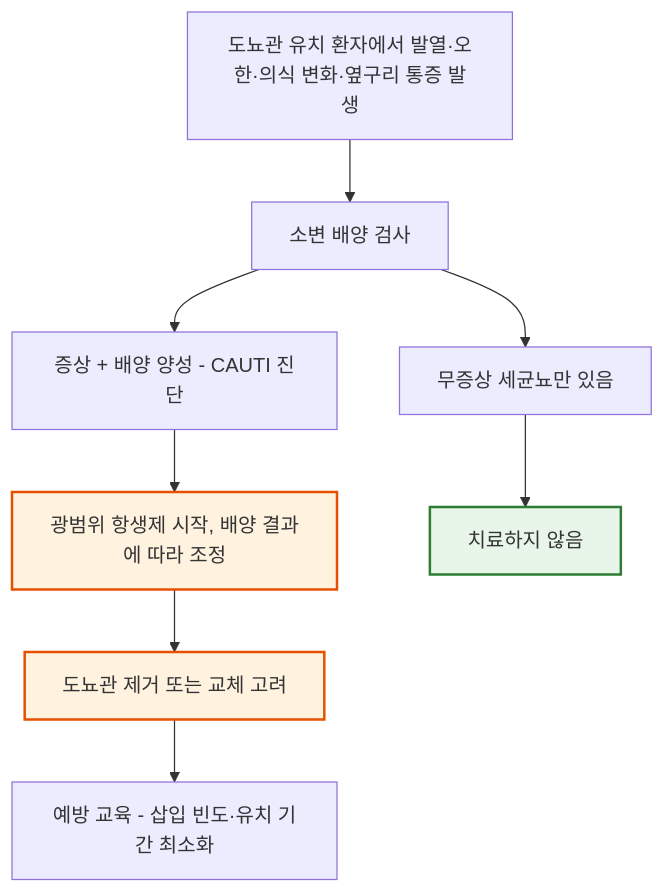
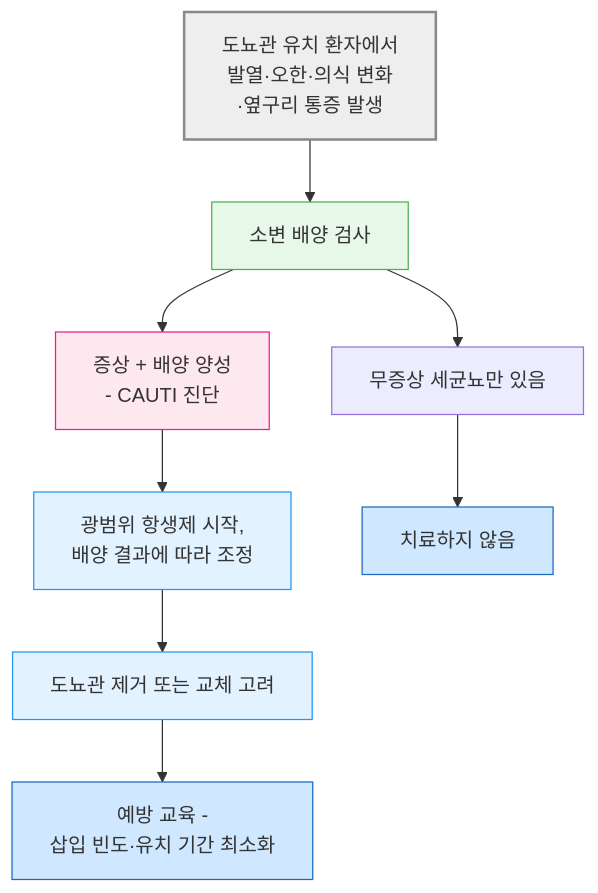
The third of 6 diagrams in 227_/113_-urinary-tract-infection.md (familyoh77/familyoh77), drawn with Mermaid before and after one commit. The commit also changed other lines of this file, not shown here.

````diff
--- a/227_/113_-urinary-tract-infection.md
+++ b/227_/113_-urinary-tract-infection.md
@@ -228,14 +233,18 @@
 ```mermaid
 graph TD
-    A["도뇨관 유치 환자에서 발열·오한·의식 변화·옆구리 통증 발생"] --> B["소변 배양 검사"]
-    B --> C["증상 + 배양 양성 - CAUTI 진단"]
+    A["도뇨관 유치 환자에서 <br/>발열·오한·의식 변화<br/>·옆구리 통증 발생"] 
+--> B["소변 배양 검사"]
+    B --> C["증상 + 배양 양성 <br/>- CAUTI 진단"]
     B --> G["무증상 세균뇨만 있음"]
-    C --> D["광범위 항생제 시작, 배양 결과에 따라 조정"]
+    C --> D["광범위 항생제 시작, <br/>배양 결과에 따라 조정"]
     D --> E["도뇨관 제거 또는 교체 고려"]
-    E --> F["예방 교육 - 삽입 빈도·유치 기간 최소화"]
+    E --> F["예방 교육 - <br/>삽입 빈도·유치 기간 최소화"]
     G --> H["치료하지 않음"]
-
-    style D fill:#fff3e0,stroke:#e65100,stroke-width:2px
-    style E fill:#fff3e0,stroke:#e65100,stroke-width:2px
-    style H fill:#e8f5e9,stroke:#2e7d32,stroke-width:2px
+style A fill:#eeeeee,stroke:#888888,stroke-width:2px
+style B fill:#e8f8e8,stroke:#4caf50
+style C fill:#fde8f0,stroke:#e91e8c
+classDef sky fill:#e3f2ff,stroke:#2196f3
+class D,E sky
+classDef blue fill:#d0e8ff,stroke:#1a6abf
+class H,F blue
 ```
````
